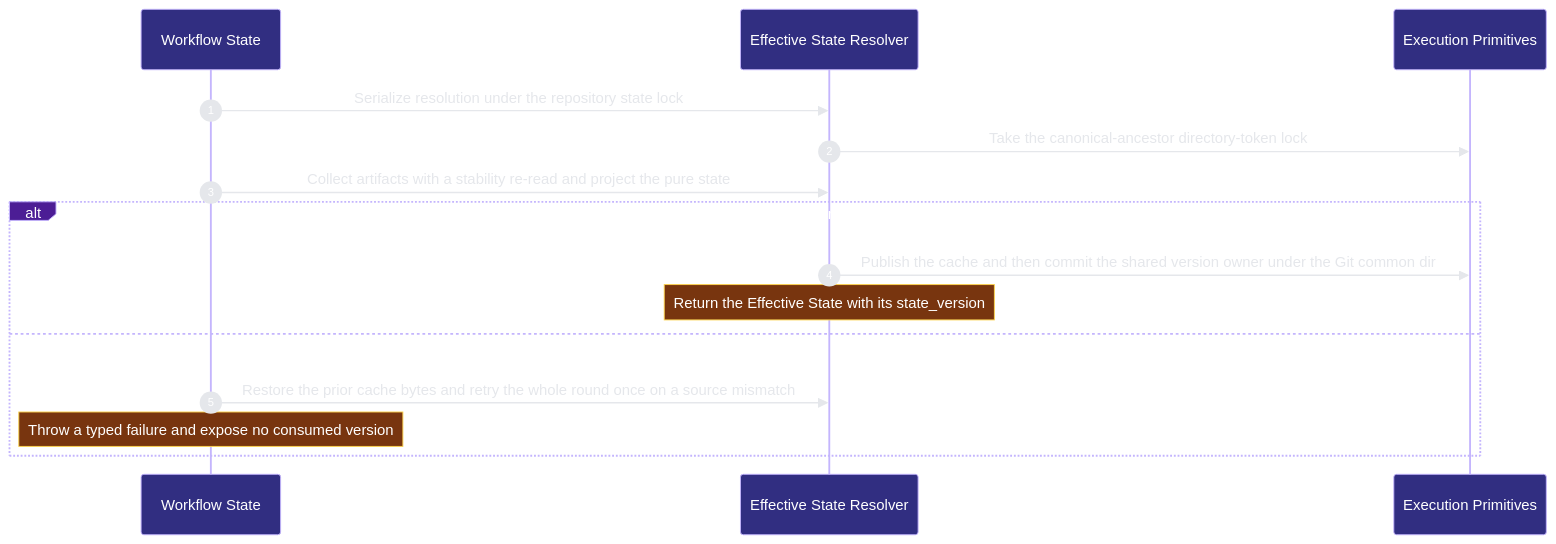
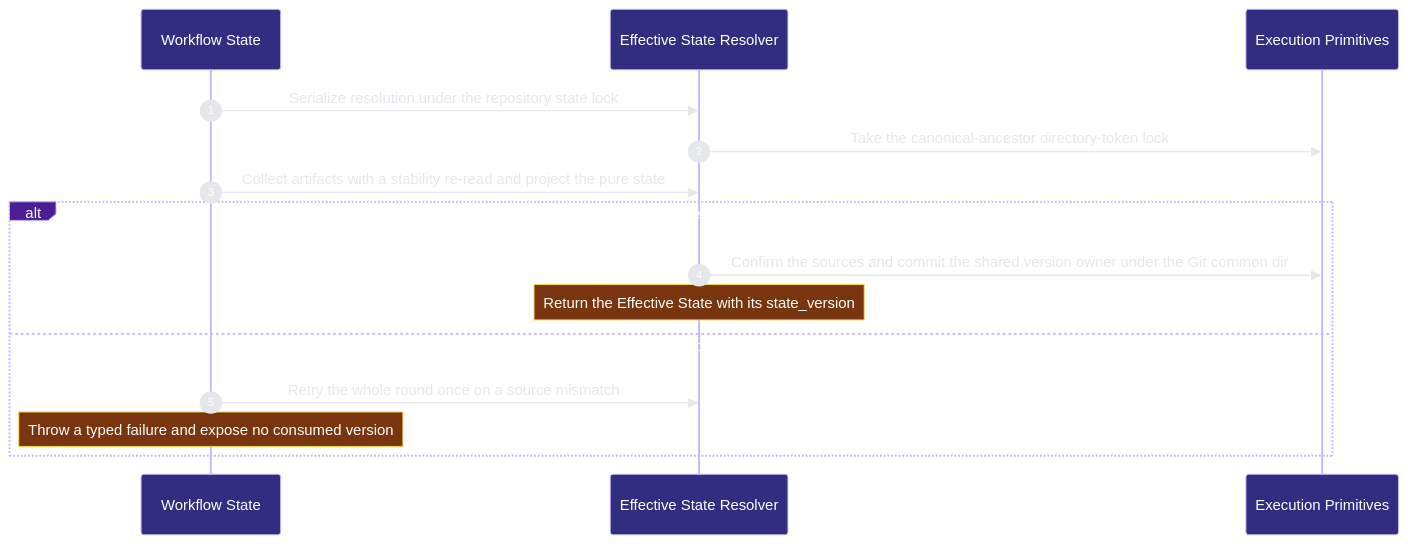
One commit to Ancienttwo/repo-harness changed the third of 3 diagrams in docs/architecture/modules/workflow-engine/workflow-state.md. Above: the diagram before and after it, drawn with Mermaid. The commit also changed other lines of this file and 27 other files, not shown here.

First line of the commit message:
chore(projection): refresh generated architecture outputs for main@bbf18043e43e

````diff
--- a/docs/architecture/modules/workflow-engine/workflow-state.md
+++ b/docs/architecture/modules/workflow-engine/workflow-state.md
@@ -154,18 +132,18 @@
 ```mermaid
 %%{init: {"theme":"base","themeVariables":{"background":"#0d1117","actorBkg":"#312e81","actorBorder":"#c4b5fd","actorTextColor":"#ffffff","signalColor":"#e5e7eb","signalTextColor":"#e5e7eb","labelBoxBkgColor":"#4c1d95","labelBoxBorderColor":"#c4b5fd","labelTextColor":"#ffffff","noteBkgColor":"#78350f","noteBorderColor":"#fcd34d","noteTextColor":"#ffffff","sequenceNumberColor":"#ffffff"}}}%%
 sequenceDiagram
   autonumber
   participant p2_capability_4262990f as Workflow State
   participant p2_resolver_55db5581 as Effective State Resolver
   participant p2_primitives_8dae000d as Execution Primitives
   p2_capability_4262990f->>p2_resolver_55db5581: Serialize resolution under the repository state lock
   p2_resolver_55db5581->>p2_primitives_8dae000d: Take the canonical-ancestor directory-token lock
   p2_capability_4262990f->>p2_resolver_55db5581: Collect artifacts with a stability re-read and project the pure state
-  alt Sources stay stable and both writes succeed
-  p2_resolver_55db5581->>p2_primitives_8dae000d: Publish the cache and then commit the shared version owner under the Git common dir
+  alt Sources stay stable and the version commit succeeds
+  p2_resolver_55db5581->>p2_primitives_8dae000d: Confirm the sources and commit the shared version owner under the Git common dir
     Note over p2_resolver_55db5581: Return the Effective State with its state_version
   else Owner commit fails or sources move after the stability loop
-  p2_capability_4262990f->>p2_resolver_55db5581: Restore the prior cache bytes and retry the whole round once on a source mismatch
+  p2_capability_4262990f->>p2_resolver_55db5581: Retry the whole round once on a source mismatch
     Note over p2_capability_4262990f: Throw a typed failure and expose no consumed version
   end
 ```
````
